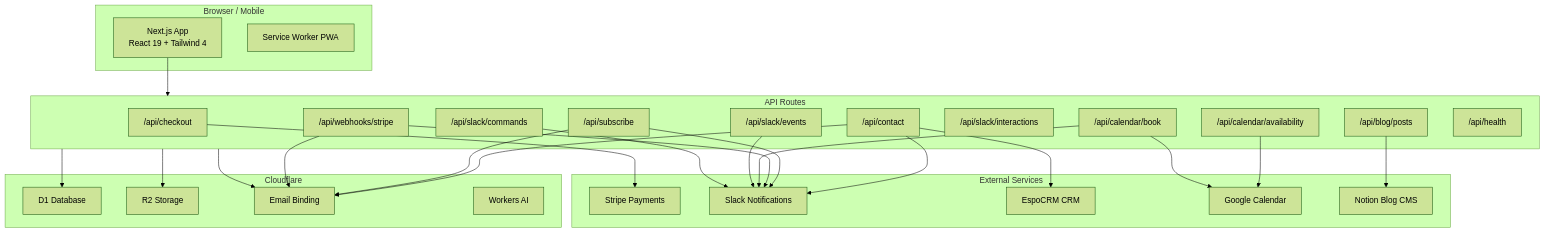
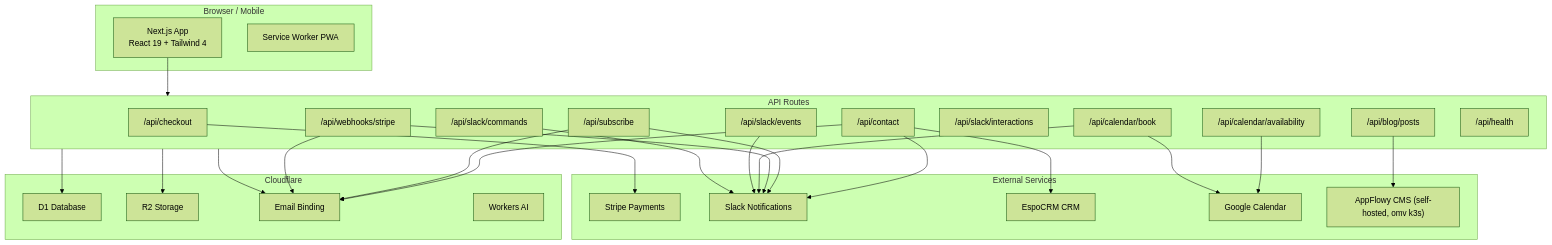
The second of 4 diagrams in README.md (Themis128/cloudless.gr), drawn with Mermaid (forest theme) before and after one commit. The commit also changed other lines of this file and 130 other files, not shown here.

First line of the commit message:
docs: update architecture docs for AppFlowy CMS + post-sweep script refs (#2035)

````diff
--- a/README.md
+++ b/README.md
@@ -60,53 +60,53 @@
 ```mermaid
 graph TB
     subgraph Client["Browser / Mobile"]
         UI["Next.js App<br/>React 19 + Tailwind 4"]
         SW["Service Worker PWA"]
     end
     subgraph Routes["API Routes"]
         Contact["/api/contact"]
         Checkout["/api/checkout"]
         Subscribe["/api/subscribe"]
         StripeWH["/api/webhooks/stripe"]
         SlackEvt["/api/slack/events"]
         SlackCmd["/api/slack/commands"]
         SlackInt["/api/slack/interactions"]
         CalAvail["/api/calendar/availability"]
         CalBook["/api/calendar/book"]
         Blog["/api/blog/posts"]
         Health["/api/health"]
     end
 
     subgraph Cloudflare["Cloudflare"]
         D1["D1 Database"]
         R2["R2 Storage"]
         Email["Email Binding"]
         WorkersAI["Workers AI"]
     end
     subgraph External["External Services"]
         Stripe["Stripe Payments"]
         Slack["Slack Notifications"]
         EspoCRM["EspoCRM CRM"]
         GCal["Google Calendar"]
-        Notion["Notion Blog CMS"]
+        AppFlowy["AppFlowy CMS (self-hosted, omv k3s)"]
     end
 
     UI --> Routes
     Routes --> D1
     Routes --> R2
     Routes --> Email
     Contact --> Email
     Contact --> Slack
     Contact --> EspoCRM
     Subscribe --> Email
     Subscribe --> Slack
     Checkout --> Stripe
     StripeWH --> Email
     StripeWH --> Slack
     CalAvail --> GCal
     CalBook --> GCal
     CalBook --> Slack
-    Blog --> Notion
+    Blog --> AppFlowy
     SlackEvt --> Slack
     SlackCmd --> Slack
 ```
````
